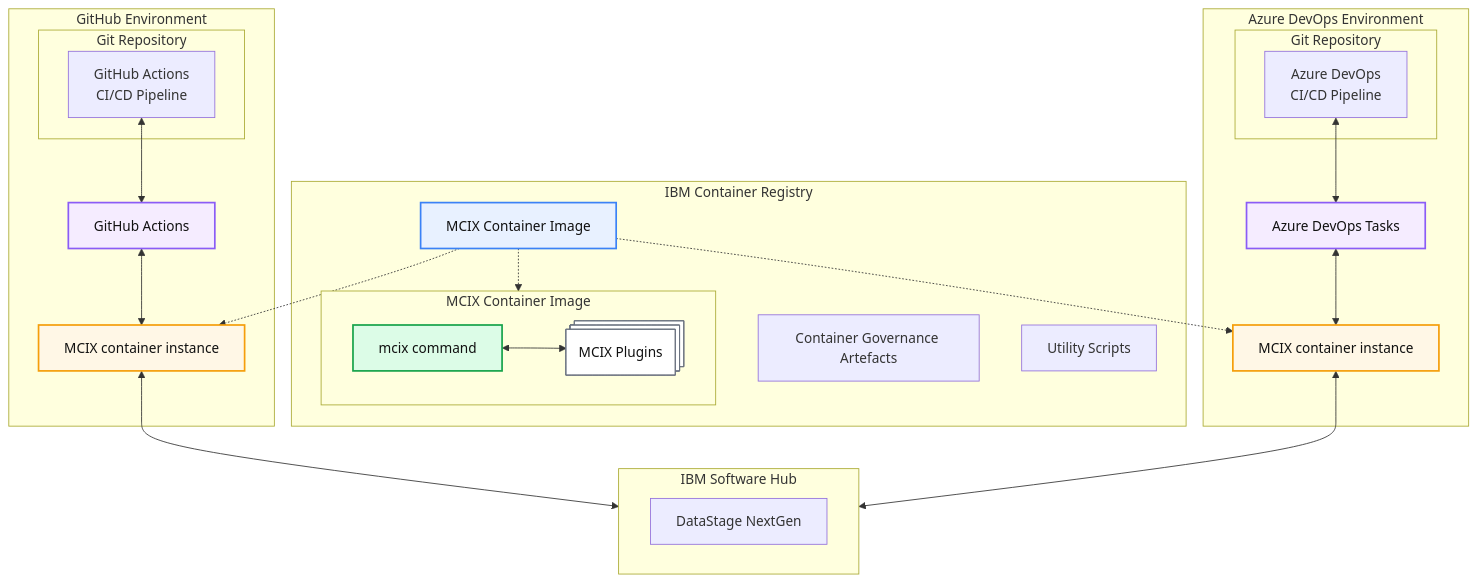
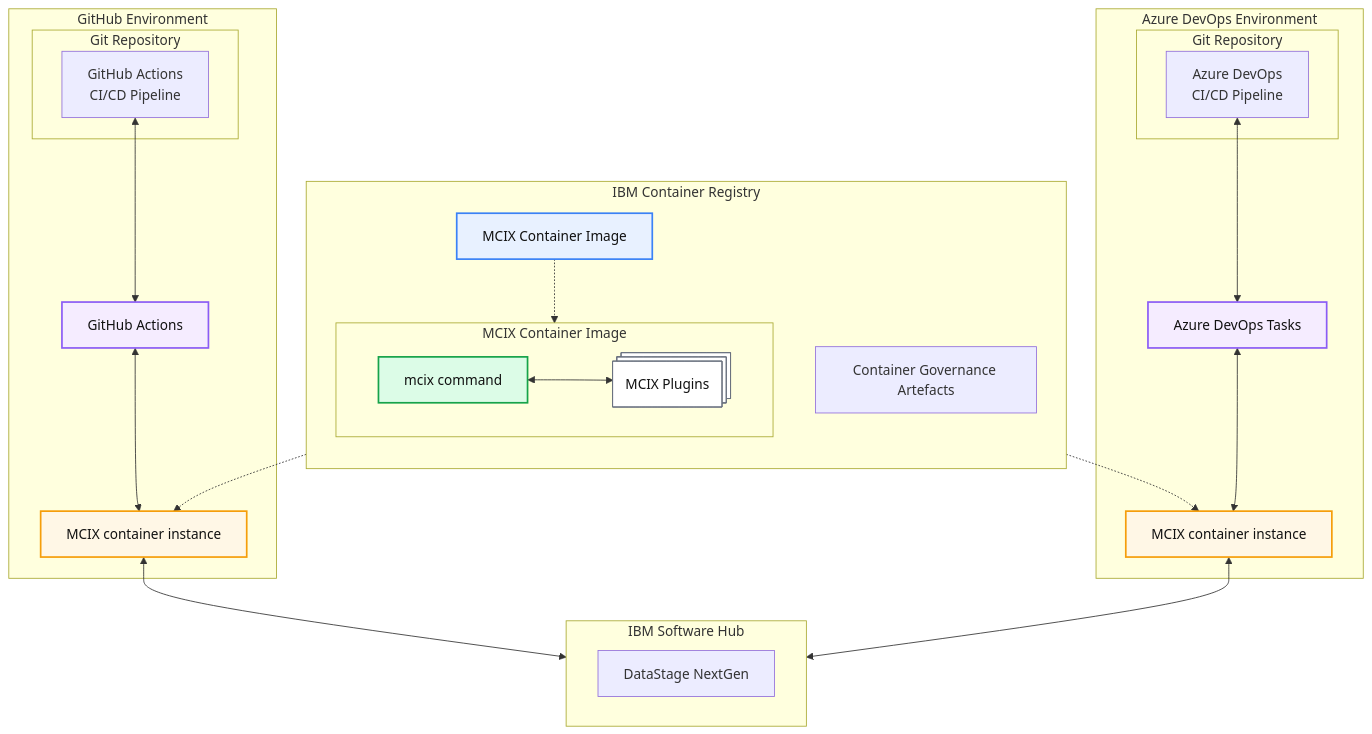
One commit to MettleCI/mcix changed the diagram in ARCHITECTURE.md. Above: the diagram before and after it, drawn with Mermaid.

Commit message:
Remove Utility Scripts from architecture diagram
Removed 'Utility Scripts' from the IBM Container Registry subgraph.

```diff
--- a/ARCHITECTURE.md
+++ b/ARCHITECTURE.md
@@ -32,9 +32,9 @@
   %% Registry
   %% =========================
   subgraph REG["IBM Container Registry"]
+      direction TB
       ICR["MCIX Container Image"]
       GOV["Container Governance Artefacts"]
-      UTILS["Utility Scripts"]
 
       %% Image internals
       subgraph IMG["MCIX Container Image"]
```
